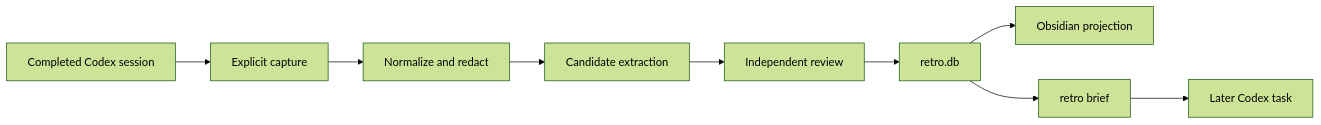
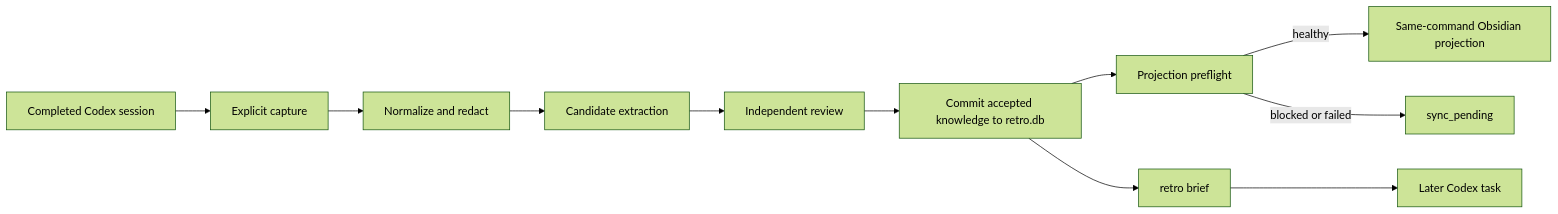
The diagram in docs/superpowers/specs/2026-07-17-agentretro-mvp-design.md (GGQJavakf/ai-node), drawn with Mermaid (forest theme) before and after one commit. The commit also changed other lines of this file and 8 other files, not shown here.

````diff
--- a/docs/superpowers/specs/2026-07-17-agentretro-mvp-design.md
+++ b/docs/superpowers/specs/2026-07-17-agentretro-mvp-design.md
@@ -45,11 +47,13 @@
 ```mermaid
 flowchart LR
     Session[Completed Codex session] --> Capture[Explicit capture]
     Capture --> Normalize[Normalize and redact]
     Normalize --> Extract[Candidate extraction]
     Extract --> Review[Independent review]
-    Review --> Store[retro.db]
-    Store --> Vault[Obsidian projection]
+    Review --> Store[Commit accepted knowledge to retro.db]
+    Store --> Preflight[Projection preflight]
+    Preflight -->|healthy| Vault[Same-command Obsidian projection]
+    Preflight -->|blocked or failed| Pending[sync_pending]
     Store --> Brief[retro brief]
     Brief --> Codex[Later Codex task]
 ```
````
